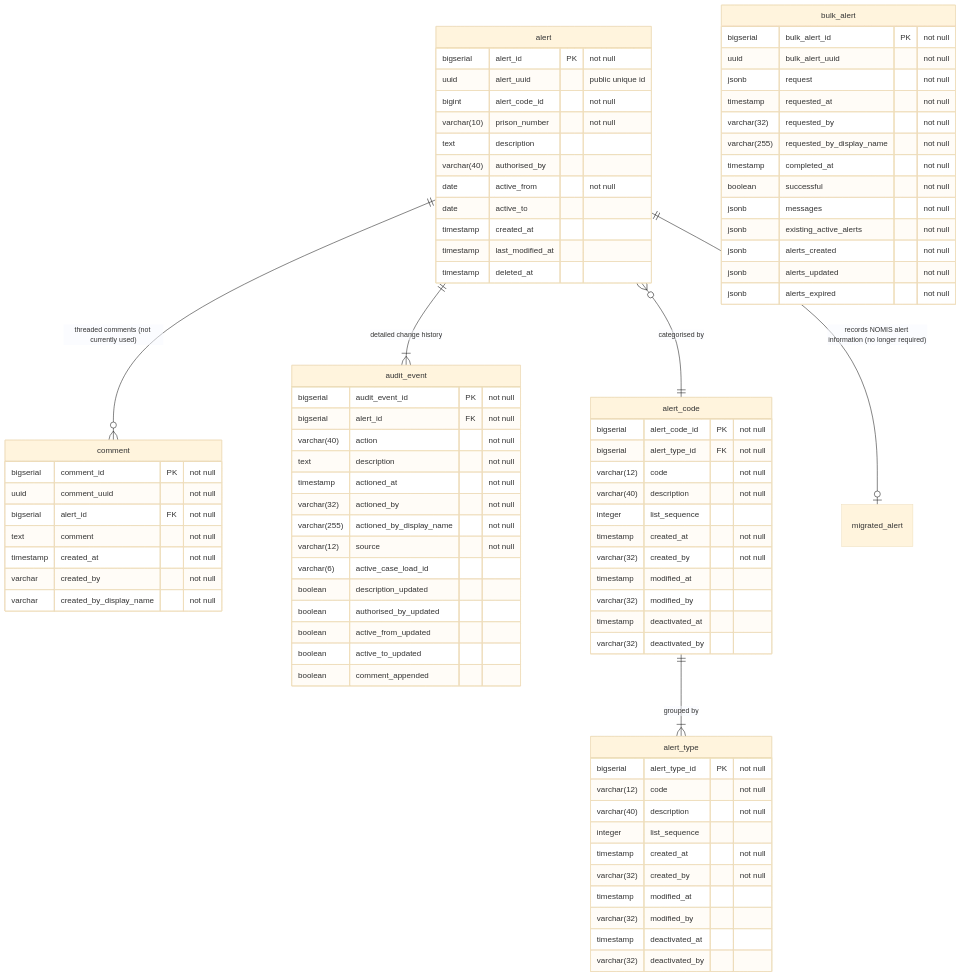
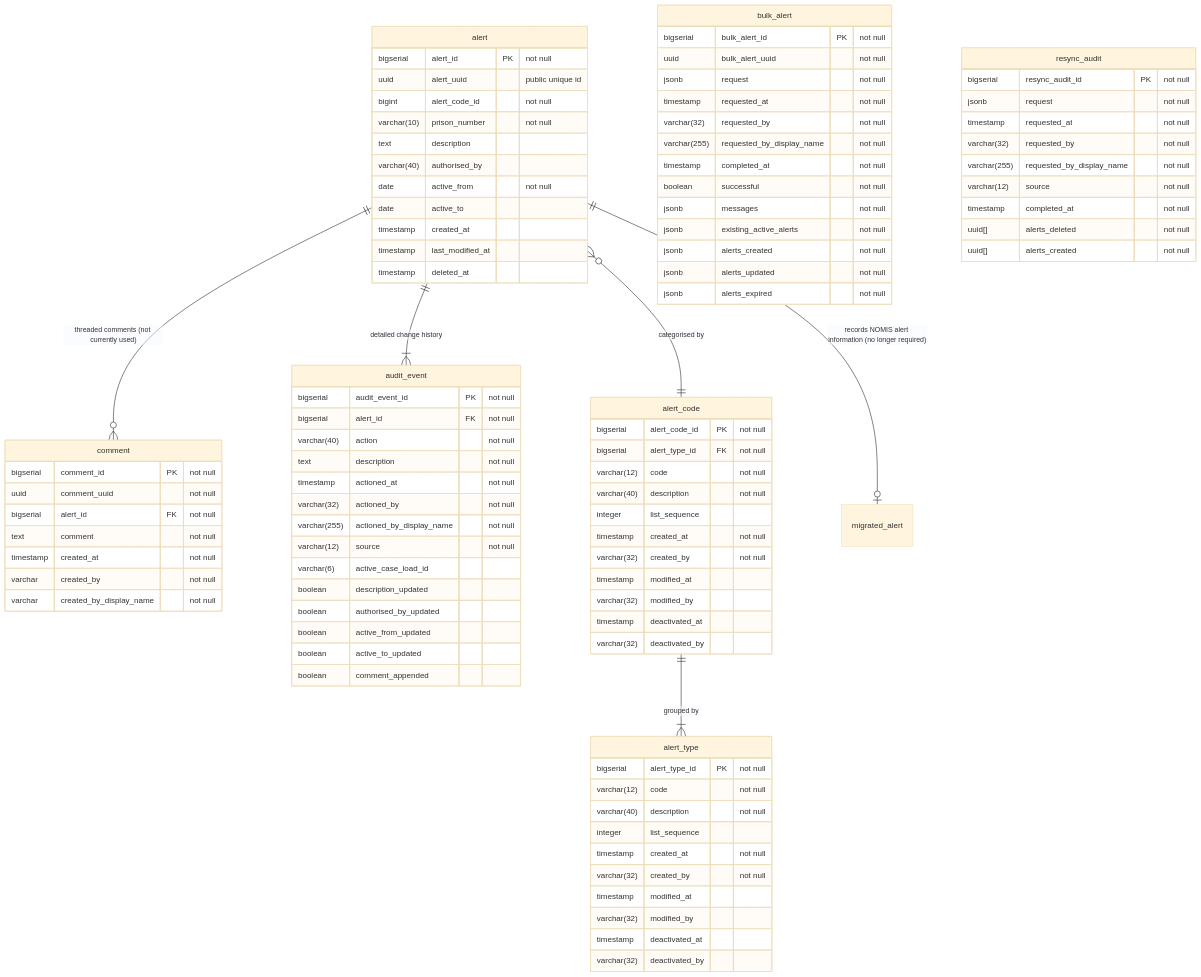
The diagram in datamodel.mermaid (ministryofjustice/hmpps-alerts-api), drawn with Mermaid (base theme) before and after one commit. The commit also changed 6 other files, not shown here.

Commit message:
MIAD-112 add resync audit when processing resync request

```diff
--- a/datamodel.mermaid
+++ b/datamodel.mermaid
@@ -1,90 +1,102 @@
 erDiagram
     alert one to zero or more comment : "threaded comments (not currently used)"
     alert one to one or more audit_event : "detailed change history"
     alert many to one alert_code : "categorised by"
     alert_code one to one or more alert_type : "grouped by"
     alert one to zero or one migrated_alert : "records NOMIS alert information (no longer required)"
 
     alert {
         bigserial alert_id PK "not null"
         uuid alert_uuid "public unique id"
         bigint alert_code_id "not null"
         varchar(10) prison_number "not null"
         text description
         varchar(40) authorised_by
         date active_from "not null"
         date active_to
         timestamp created_at
         timestamp last_modified_at
         timestamp deleted_at
     }
 
     comment {
         bigserial comment_id PK "not null"
         uuid comment_uuid "not null"
         bigserial alert_id FK "not null"
         text comment "not null"
         timestamp created_at "not null"
         varchar created_by "not null"
         varchar created_by_display_name "not null"
     }
 
     audit_event {
         bigserial audit_event_id PK "not null"
         bigserial alert_id FK "not null"
         varchar(40) action "not null"
         text description "not null"
         timestamp actioned_at "not null"
         varchar(32) actioned_by "not null"
         varchar(255) actioned_by_display_name "not null"
         varchar(12) source "not null"
         varchar(6) active_case_load_id
         boolean description_updated
         boolean authorised_by_updated
         boolean active_from_updated
         boolean active_to_updated
         boolean comment_appended
     }
 
     alert_code {
         bigserial alert_code_id PK "not null"
         bigserial alert_type_id FK "not null"
         varchar(12) code "not null"
         varchar(40) description "not null"
         integer list_sequence
         timestamp created_at "not null"
         varchar(32) created_by "not null"
         timestamp modified_at
         varchar(32) modified_by
         timestamp deactivated_at
         varchar(32) deactivated_by
     }
 
     alert_type {
         bigserial alert_type_id PK "not null"
         varchar(12) code "not null"
         varchar(40) description "not null"
         integer list_sequence
         timestamp created_at "not null"
         varchar(32) created_by "not null"
         timestamp modified_at
         varchar(32) modified_by
         timestamp deactivated_at
         varchar(32) deactivated_by
     }
 
     bulk_alert {
         bigserial bulk_alert_id PK "not null"
         uuid bulk_alert_uuid "not null"
         jsonb request "not null"
         timestamp requested_at "not null"
         varchar(32) requested_by "not null"
         varchar(255) requested_by_display_name "not null"
         timestamp completed_at "not null"
         boolean successful "not null"
         jsonb messages "not null"
         jsonb existing_active_alerts "not null"
         jsonb alerts_created "not null"
         jsonb alerts_updated "not null"
         jsonb alerts_expired "not null"
     }
+
+    resync_audit {
+        bigserial resync_audit_id PK "not null"
+        jsonb request "not null"
+        timestamp requested_at "not null"
+        varchar(32) requested_by "not null"
+        varchar(255) requested_by_display_name "not null"
+        varchar(12) source "not null"
+        timestamp completed_at "not null"
+        uuid[] alerts_deleted "not null"
+        uuid[] alerts_created "not null"
+    }
```
